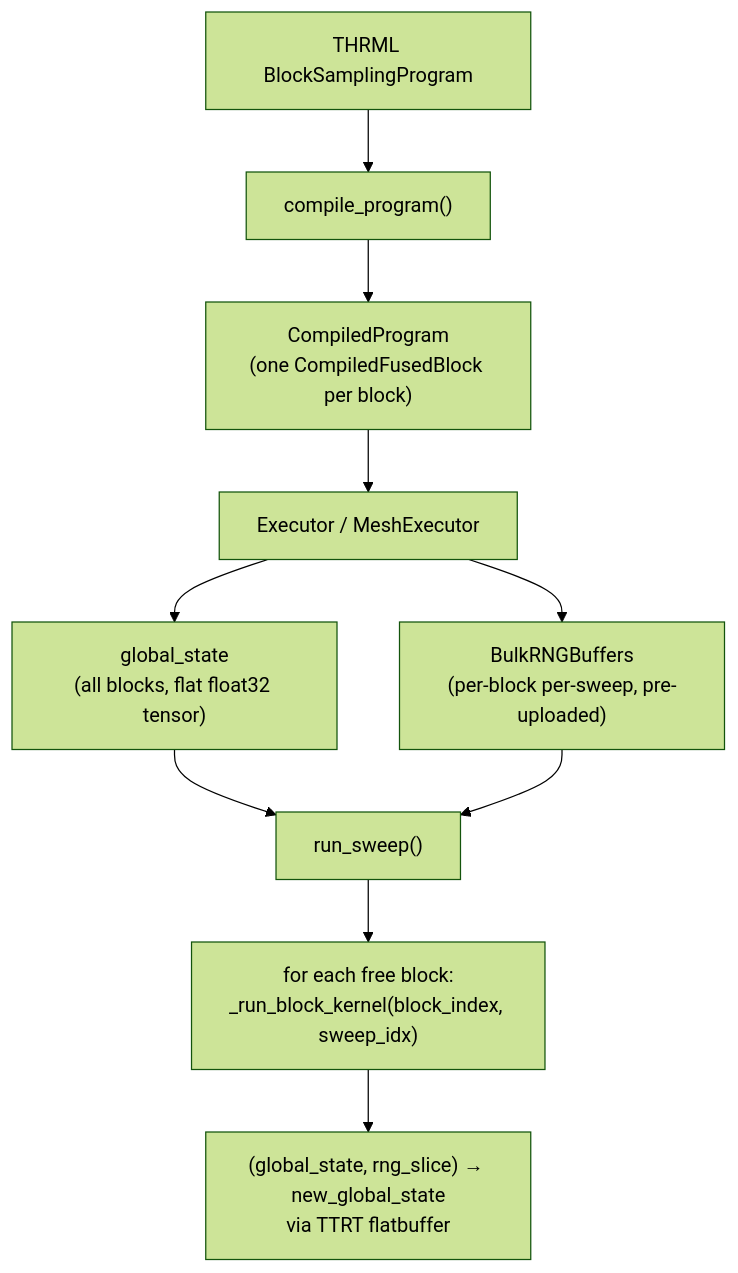
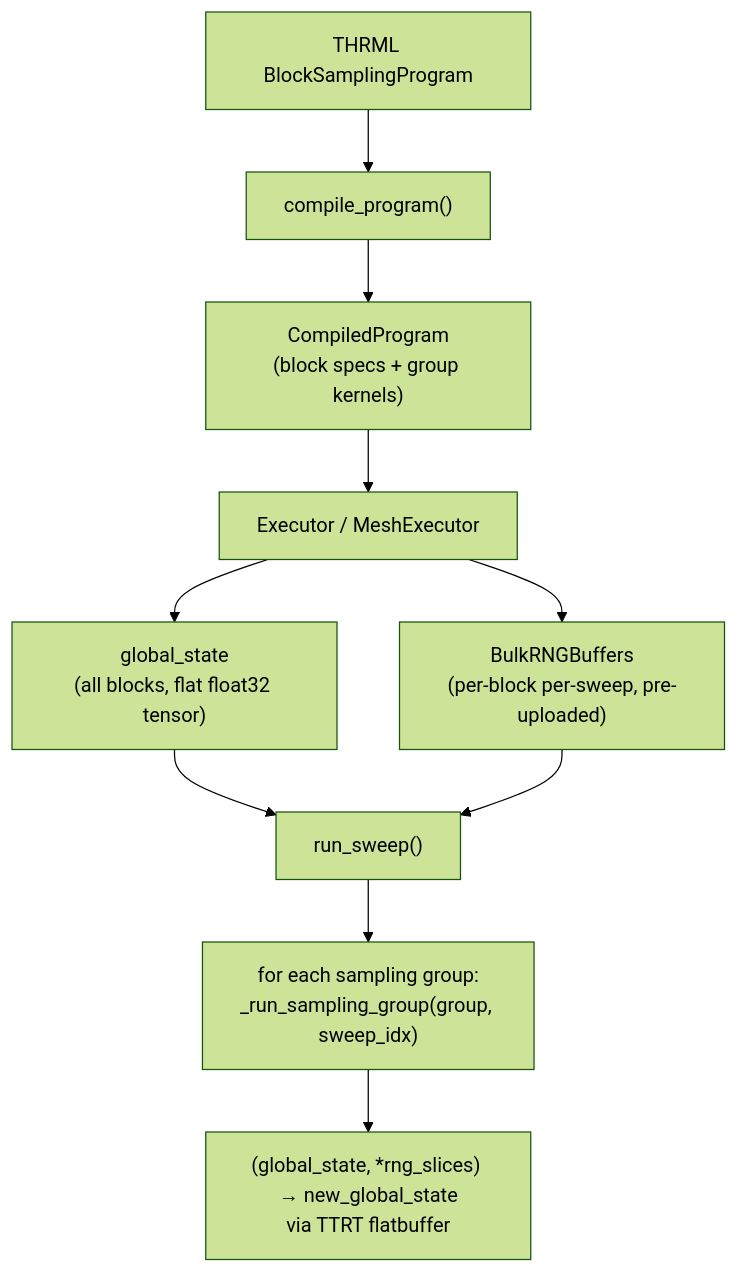
One commit to Specter-Research-Labs/tt-thrml changed the first of 3 diagrams in docs/tt-thrml-internals.md. Above: the diagram before and after it, drawn with Mermaid (forest theme). The commit also changed other lines of this file and 18 other files, not shown here.

````diff
--- a/docs/tt-thrml-internals.md
+++ b/docs/tt-thrml-internals.md
@@ -12,12 +12,12 @@
 ```mermaid
 flowchart TD
     A["THRML BlockSamplingProgram"] --> B["compile_program()"]
-    B --> C["CompiledProgram\n(one CompiledFusedBlock per block)"]
+    B --> C["CompiledProgram\n(block specs + group kernels)"]
     C --> D["Executor / MeshExecutor"]
     D --> E["global_state\n(all blocks, flat float32 tensor)"]
     D --> F["BulkRNGBuffers\n(per-block per-sweep, pre-uploaded)"]
     E --> G["run_sweep()"]
     F --> G
-    G --> H["for each free block:\n_run_block_kernel(block_index, sweep_idx)"]
-    H --> I["(global_state, rng_slice) → new_global_state\nvia TTRT flatbuffer"]
+    G --> H["for each sampling group:\n_run_sampling_group(group, sweep_idx)"]
+    H --> I["(global_state, *rng_slices) → new_global_state\nvia TTRT flatbuffer"]
 ```
````
